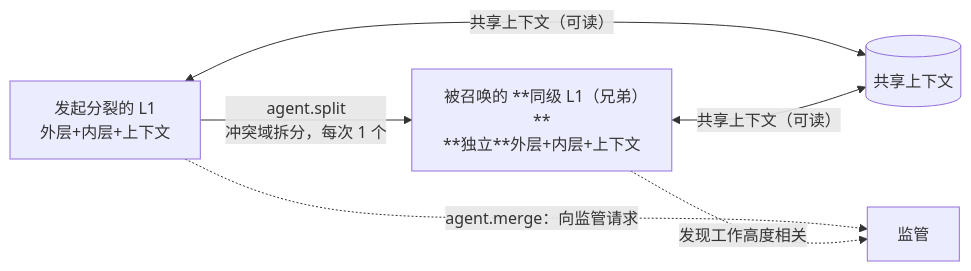
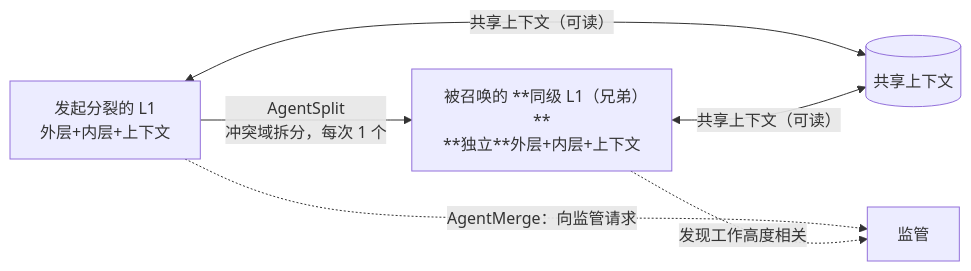
One commit to linmowudie/CivitasAI changed the second of 2 diagrams in Docs/Dev/L1编排设计/05-上下文作用域.md. Above: the diagram before and after it, drawn with Mermaid. The commit also changed other lines of this file and 305 other files, not shown here.

````diff
--- a/Docs/Dev/L1编排设计/05-上下文作用域.md
+++ b/Docs/Dev/L1编排设计/05-上下文作用域.md
@@ -84,8 +84,8 @@
 ```mermaid
 flowchart LR
-  P["发起分裂的 L1<br/>外层+内层+上下文"] -->|"agent.split<br/>冲突域拆分，每次 1 个"| C["被召唤的 **同级 L1（兄弟）**<br/>**独立**外层+内层+上下文"]
+  P["发起分裂的 L1<br/>外层+内层+上下文"] -->|"AgentSplit<br/>冲突域拆分，每次 1 个"| C["被召唤的 **同级 L1（兄弟）**<br/>**独立**外层+内层+上下文"]
   P <-->|"共享上下文（可读）"| SC[("共享上下文")]
   C <-->|"共享上下文（可读）"| SC
-  P -.->|"agent.merge：向监管请求"| GOV["监管"]
+  P -.->|"AgentMerge：向监管请求"| GOV["监管"]
   C -.->|"发现工作高度相关"| GOV
 ```
````
